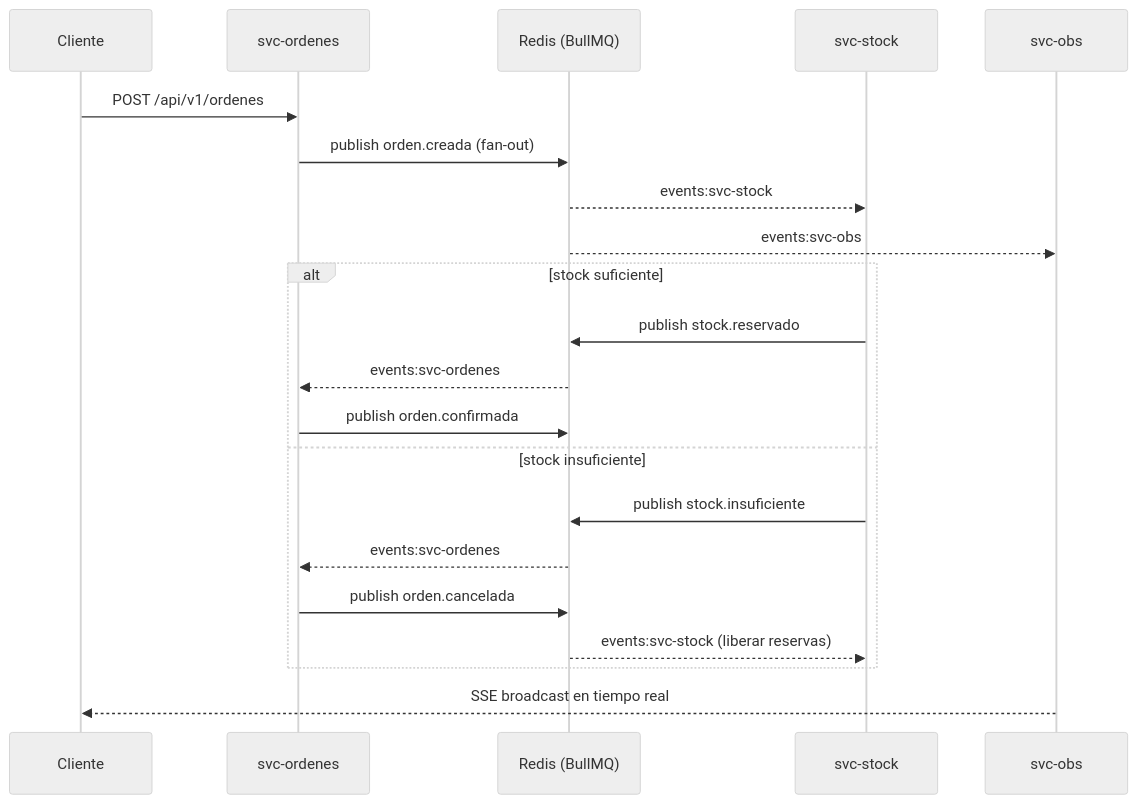
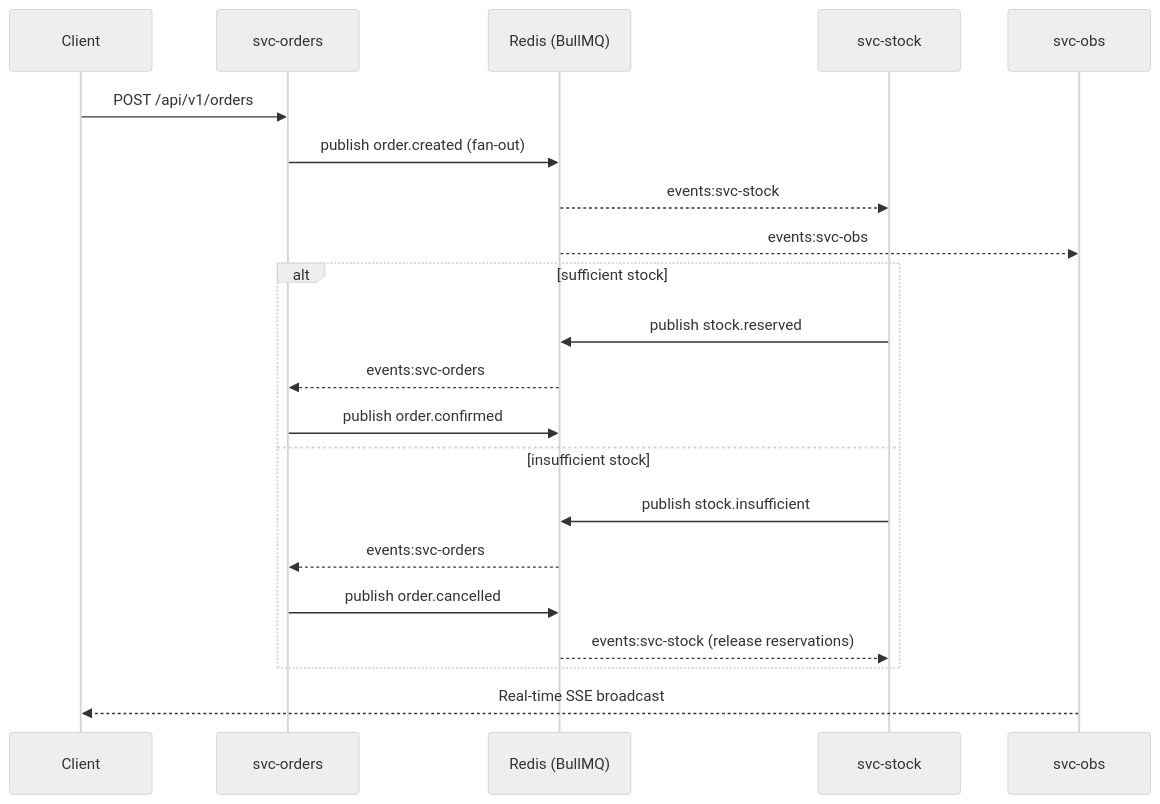
The second of 2 diagrams in README.md (Francisco-cor/Inventory_ERP_BullMQ), drawn with Mermaid (neutral theme) before and after one commit. The commit also changed other lines of this file and 10 other files, not shown here.

````diff
--- a/README.md
+++ b/README.md
@@ -45,26 +54,26 @@
 ```mermaid
 sequenceDiagram
-    participant C as Cliente
-    participant O as svc-ordenes
+    participant C as Client
+    participant O as svc-orders
     participant R as Redis (BullMQ)
     participant S as svc-stock
     participant Ob as svc-obs
 
-    C->>O: POST /api/v1/ordenes
-    O->>R: publish orden.creada (fan-out)
+    C->>O: POST /api/v1/orders
+    O->>R: publish order.created (fan-out)
     R-->>S: events:svc-stock
     R-->>Ob: events:svc-obs
 
-    alt stock suficiente
-        S->>R: publish stock.reservado
-        R-->>O: events:svc-ordenes
-        O->>R: publish orden.confirmada
-    else stock insuficiente
-        S->>R: publish stock.insuficiente
-        R-->>O: events:svc-ordenes
-        O->>R: publish orden.cancelada
-        R-->>S: events:svc-stock (liberar reservas)
+    alt sufficient stock
+        S->>R: publish stock.reserved
+        R-->>O: events:svc-orders
+        O->>R: publish order.confirmed
+    else insufficient stock
+        S->>R: publish stock.insufficient
+        R-->>O: events:svc-orders
+        O->>R: publish order.cancelled
+        R-->>S: events:svc-stock (release reservations)
     end
 
-    Ob-->>C: SSE broadcast en tiempo real
+    Ob-->>C: Real-time SSE broadcast
 ```
````
